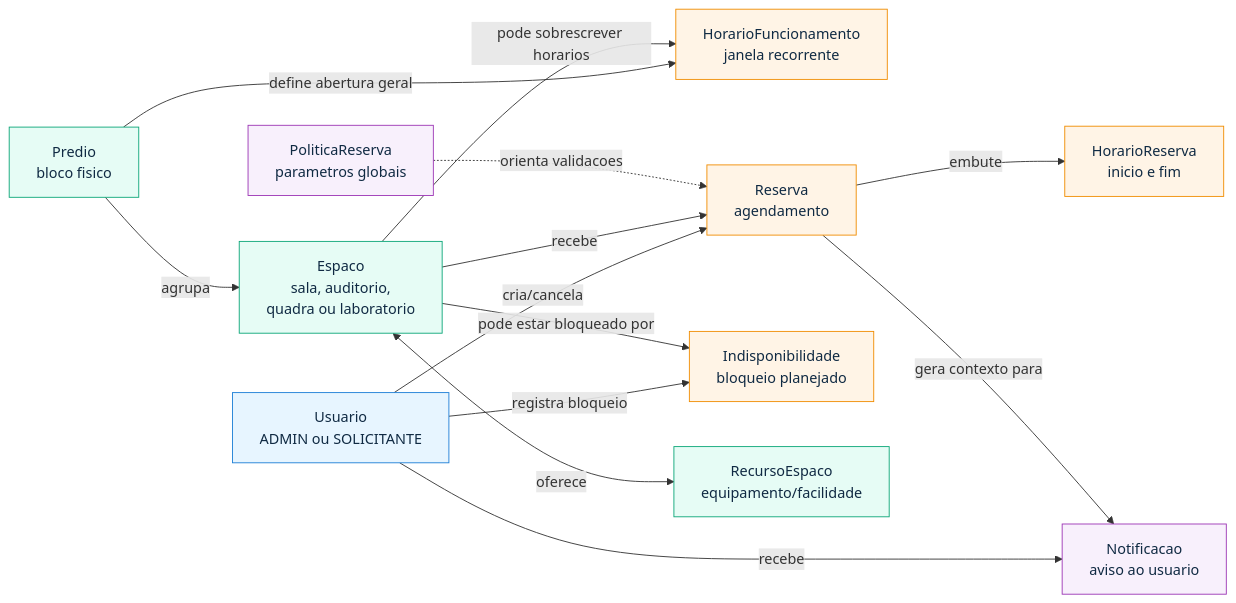
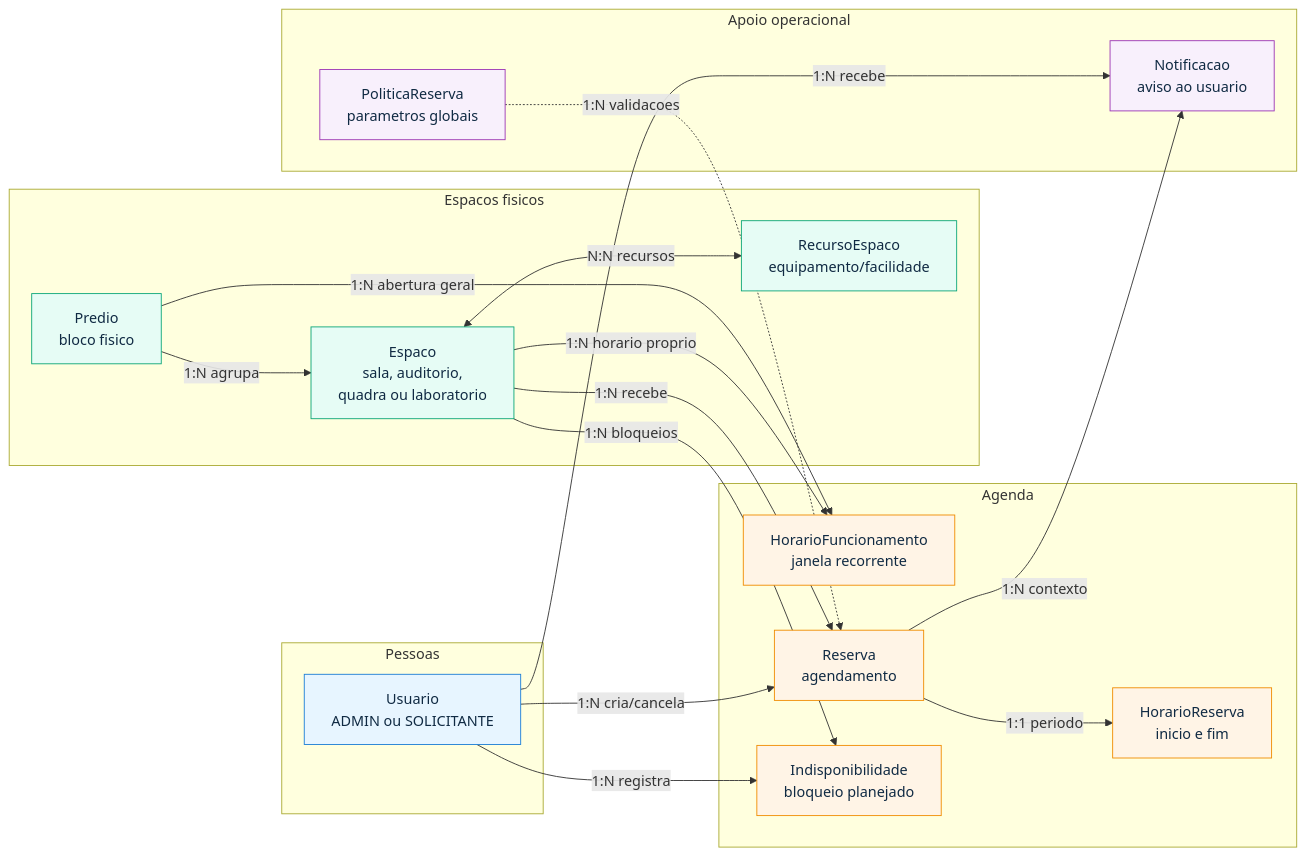
One commit to djairofilho/classroom-scheduling-back changed the first of 4 diagrams in docs/modelagem-de-dominio.md. Above: the diagram before and after it, drawn with Mermaid. The commit also changed other lines of this file and 1 other file, not shown here.

Commit message:
docs(model): enhance domain model diagrams with structured subgraphs and detailed relationships

````diff
--- a/docs/modelagem-de-dominio.md
+++ b/docs/modelagem-de-dominio.md
@@ -112,39 +112,47 @@
 ```mermaid
 flowchart LR
-    Usuario[Usuario<br/>ADMIN ou SOLICITANTE]
-    Predio[Predio<br/>bloco fisico]
-    Espaco[Espaco<br/>sala, auditorio,<br/>quadra ou laboratorio]
-    HorarioFuncionamento[HorarioFuncionamento<br/>janela recorrente]
-    Reserva[Reserva<br/>agendamento]
-    HorarioReserva[HorarioReserva<br/>inicio e fim]
-    Indisponibilidade[Indisponibilidade<br/>bloqueio planejado]
-    RecursoEspaco[RecursoEspaco<br/>equipamento/facilidade]
-    Notificacao[Notificacao<br/>aviso ao usuario]
-    PoliticaReserva[PoliticaReserva<br/>parametros globais]
+    subgraph Pessoas["Pessoas"]
+        Usuario[Usuario<br/>ADMIN ou SOLICITANTE]
+    end
 
-    Usuario -->|cria/cancela| Reserva
-    Usuario -->|recebe| Notificacao
-    Usuario -->|registra bloqueio| Indisponibilidade
+    subgraph Localizacao["Espacos fisicos"]
+        Predio[Predio<br/>bloco fisico]
+        Espaco[Espaco<br/>sala, auditorio,<br/>quadra ou laboratorio]
+        RecursoEspaco[RecursoEspaco<br/>equipamento/facilidade]
+    end
 
-    Predio -->|agrupa| Espaco
-    Predio -->|define abertura geral| HorarioFuncionamento
+    subgraph Agenda["Agenda"]
+        HorarioFuncionamento[HorarioFuncionamento<br/>janela recorrente]
+        Reserva[Reserva<br/>agendamento]
+        HorarioReserva[HorarioReserva<br/>inicio e fim]
+        Indisponibilidade[Indisponibilidade<br/>bloqueio planejado]
+    end
 
-    Espaco -->|recebe| Reserva
-    Espaco -->|pode sobrescrever horarios| HorarioFuncionamento
-    Espaco -->|pode estar bloqueado por| Indisponibilidade
-    Espaco <-->|oferece| RecursoEspaco
+    subgraph Apoio["Apoio operacional"]
+        Notificacao[Notificacao<br/>aviso ao usuario]
+        PoliticaReserva[PoliticaReserva<br/>parametros globais]
+    end
 
-    Reserva -->|embute| HorarioReserva
-    Reserva -->|gera contexto para| Notificacao
-    PoliticaReserva -.->|orienta validacoes| Reserva
+    Usuario -->|1:N cria/cancela| Reserva
+    Usuario -->|1:N recebe| Notificacao
+    Usuario -->|1:N registra| Indisponibilidade
+    Predio -->|1:N agrupa| Espaco
+    Predio -->|1:N abertura geral| HorarioFuncionamento
+    Espaco -->|1:N horario proprio| HorarioFuncionamento
+    Espaco -->|1:N recebe| Reserva
+    Espaco -->|1:N bloqueios| Indisponibilidade
+    Espaco <-->|N:N recursos| RecursoEspaco
+    Reserva -->|1:1 periodo| HorarioReserva
+    Reserva -->|1:N contexto| Notificacao
+    PoliticaReserva -.->|1:N validacoes| Reserva
 
     classDef actor fill:#e7f5ff,stroke:#1c7ed6,color:#102a43
     classDef place fill:#e6fcf5,stroke:#0ca678,color:#102a43
     classDef schedule fill:#fff4e6,stroke:#f08c00,color:#102a43
     classDef support fill:#f8f0fc,stroke:#9c36b5,color:#102a43
 
     class Usuario actor
     class Predio,Espaco,RecursoEspaco place
     class Reserva,HorarioReserva,HorarioFuncionamento,Indisponibilidade schedule
     class Notificacao,PoliticaReserva support
 ```
````
